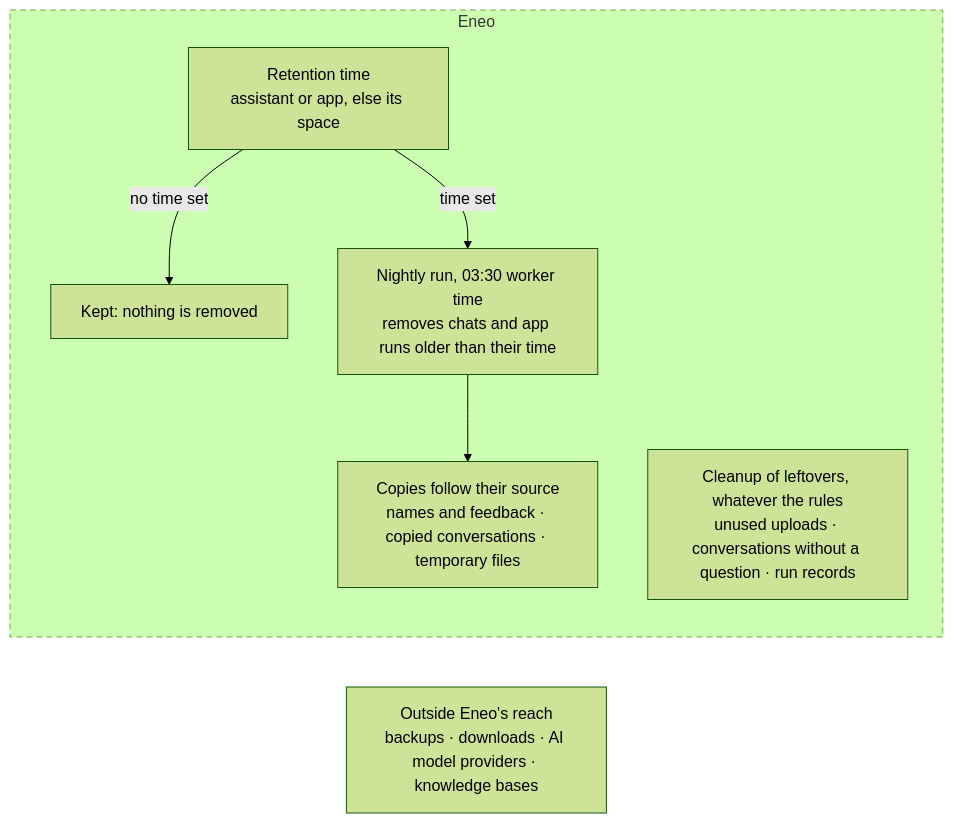
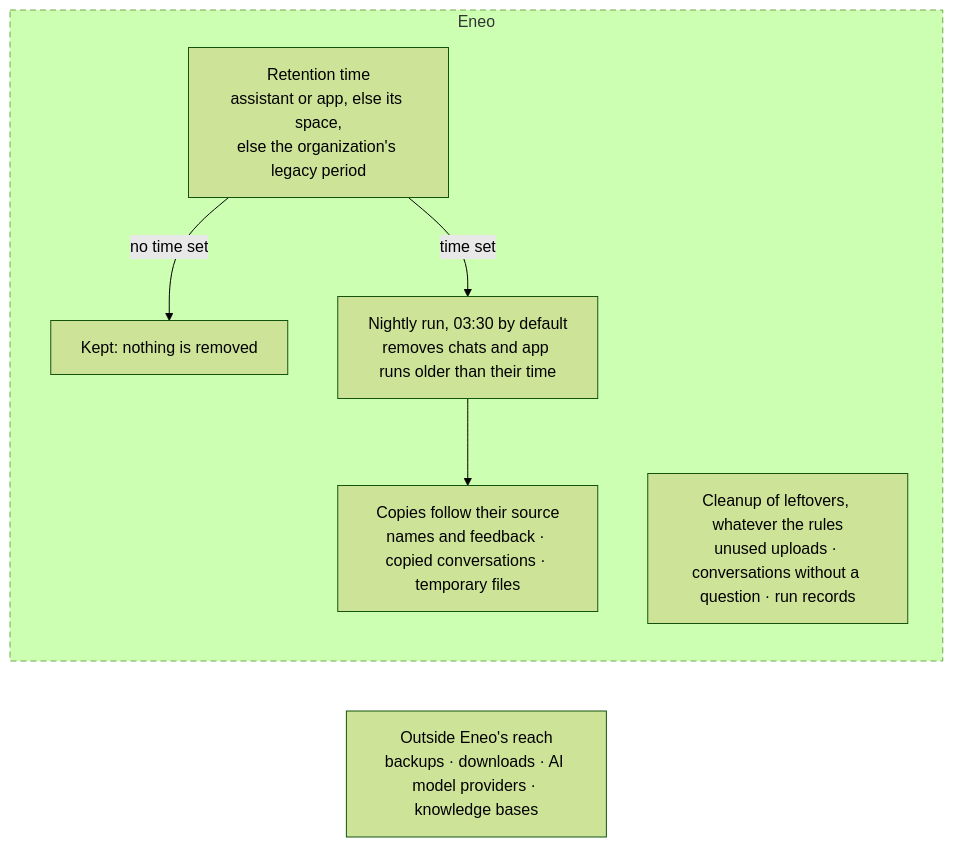
One commit to eneo-ai/eneo changed the first of 2 diagrams in frontend/apps/docs-site/src/content/guides/data-retention.mdx. Above: the diagram before and after it, drawn with Mermaid (forest theme). The commit also changed other lines of this file and 3 other files, not shown here.

````diff
--- a/frontend/apps/docs-site/src/content/guides/data-retention.mdx
+++ b/frontend/apps/docs-site/src/content/guides/data-retention.mdx
@@ -3,15 +3,15 @@
 ```mermaid
 flowchart TB
   accTitle: How retention works
-  accDescr: A retention time on an assistant or app, else on its space, decides. With no time set, nothing is removed. With a time set, the nightly run at 03:30 worker time removes chats and app runs older than their time, and the copies Eneo keeps of them follow. Cleanup of leftovers runs whatever the rules. Backups, downloads, AI model providers and knowledge bases are outside Eneo's reach.
+  accDescr: A retention time on an assistant or app, else on its space, else the organization's legacy period, decides. With no time set, nothing is removed. With a time set, the nightly run, at 03:30 worker time by default, removes chats and app runs older than their time, and the copies Eneo keeps of them follow. Cleanup of leftovers runs whatever the rules. Backups, downloads, AI model providers and knowledge bases are outside Eneo's reach.
   subgraph eneo["Eneo"]
     direction TB
-    time["Retention time\nassistant or app, else its space"] -->|"no time set"| keep["Kept: nothing is removed"]
-    time -->|"time set"| run["Nightly run, 03:30 worker time\nremoves chats and app runs older than their time"]
+    time["Retention time\nassistant or app, else its space,\nelse the organization's legacy period"] -->|"no time set"| keep["Kept: nothing is removed"]
+    time -->|"time set"| run["Nightly run, 03:30 by default\nremoves chats and app runs older than their time"]
     run --> copies["Copies follow their source\nnames and feedback · copied conversations · temporary files"]
     cleanup["Cleanup of leftovers, whatever the rules\nunused uploads · conversations without a question · run records"]
   end
   outside["Outside Eneo's reach\nbackups · downloads · AI model providers · knowledge bases"]
   eneo ~~~ outside
   style eneo stroke-dasharray: 6 4
 ```
````
